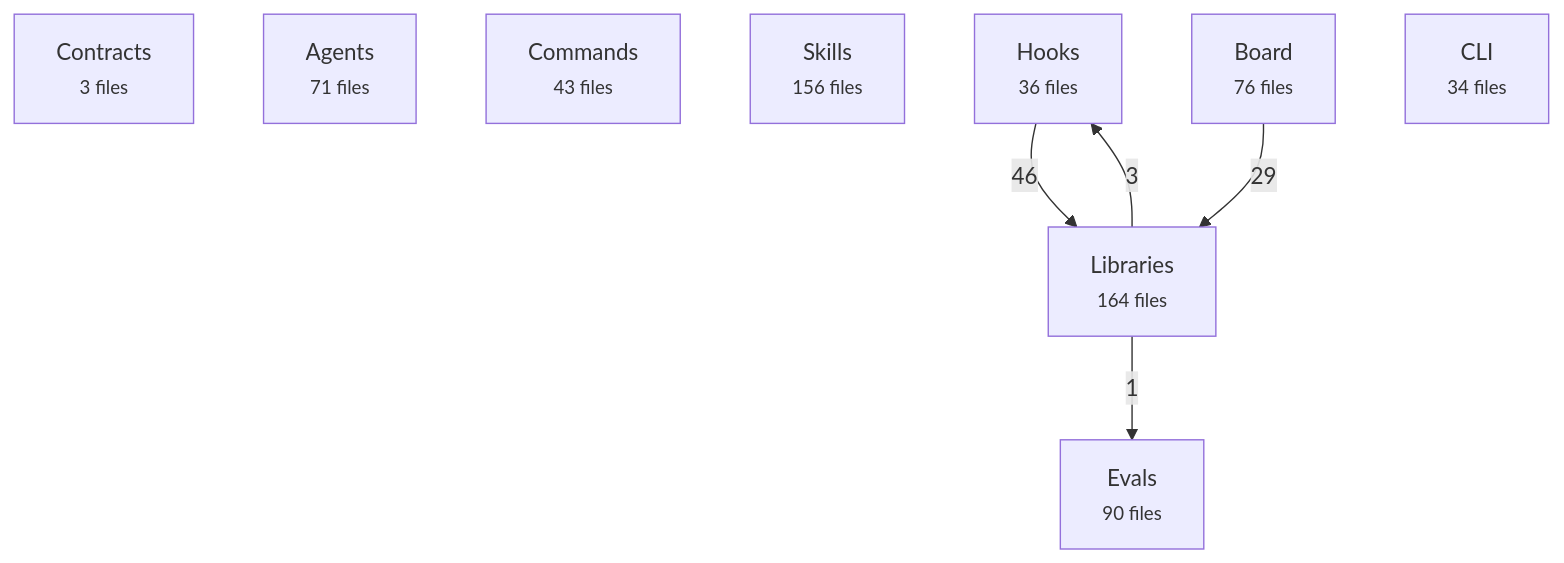
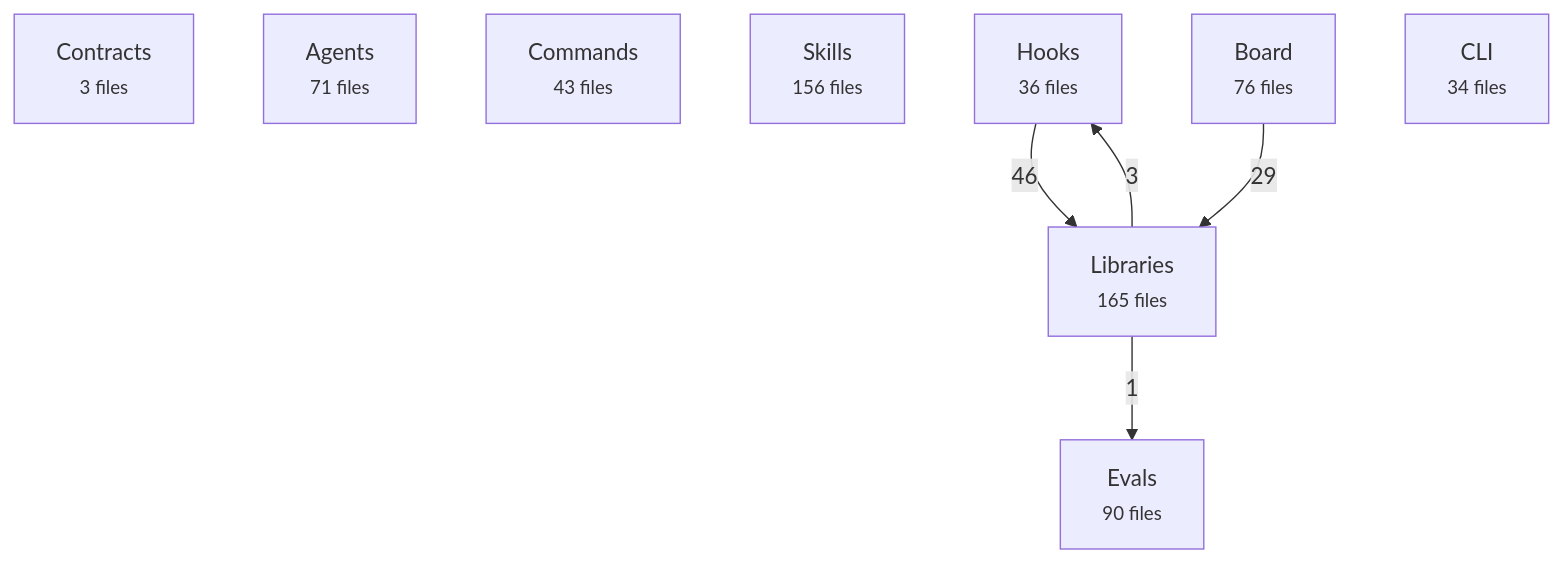
One commit to avelikiy/great_cto changed the first of 2 diagrams in docs/reference/architecture-map.md. Above: the diagram before and after it, drawn with Mermaid. The commit also changed other lines of this file and 6 other files, not shown here.

````diff
--- a/docs/reference/architecture-map.md
+++ b/docs/reference/architecture-map.md
@@ -20,16 +20,16 @@
 ```mermaid
 flowchart TD
   contracts["Contracts<br/><small>3 files</small>"]
   agents["Agents<br/><small>71 files</small>"]
   commands["Commands<br/><small>43 files</small>"]
   skills["Skills<br/><small>156 files</small>"]
   hooks["Hooks<br/><small>36 files</small>"]
-  libs["Libraries<br/><small>164 files</small>"]
+  libs["Libraries<br/><small>165 files</small>"]
   board["Board<br/><small>76 files</small>"]
   cli["CLI<br/><small>34 files</small>"]
   evals["Evals<br/><small>90 files</small>"]
   hooks -->|46| libs
   board -->|29| libs
   libs -->|3| hooks
   libs -->|1| evals
 ```
````
